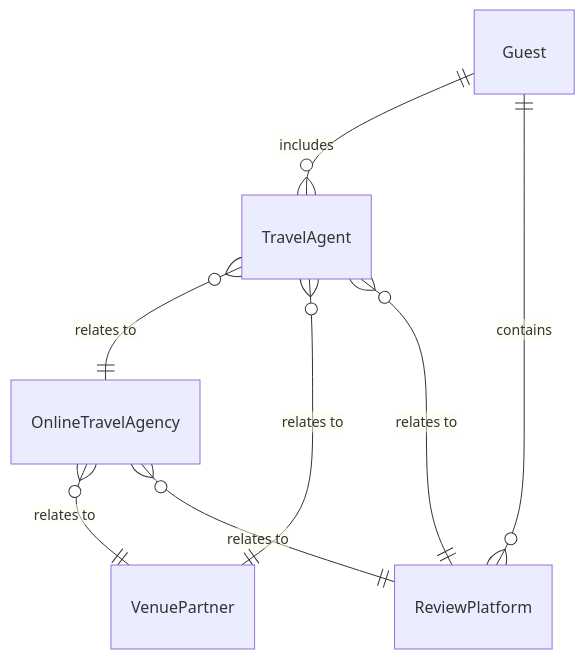
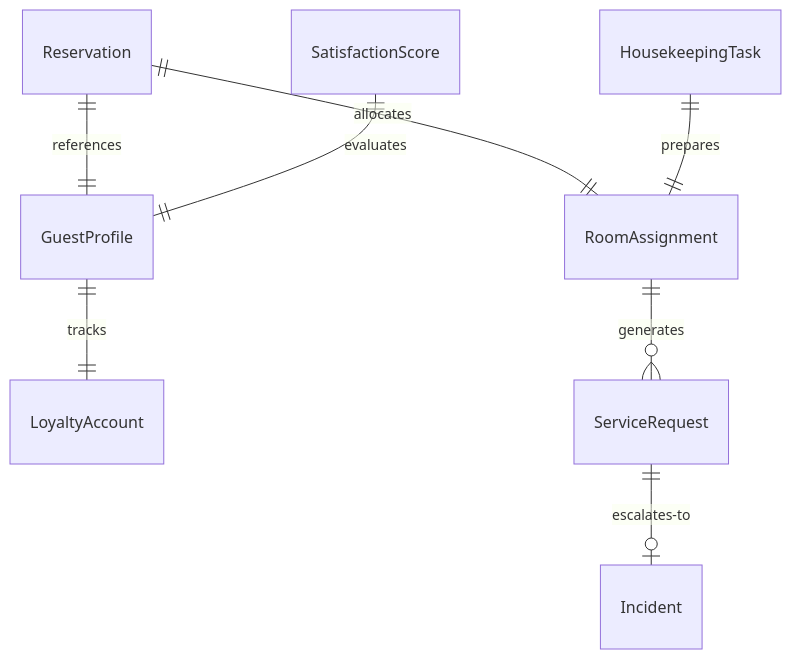
One commit to dot-org-ai/tasks.org.ai changed the first of 4 diagrams in GuidingDirectingAndMotivatingSubordinates/DirectOrganizationalOperationsActivitiesOrProcedures/ManageGuestServices.mdx. Above: the diagram before and after it, drawn with Mermaid. The commit also changed other lines of this file and 515 other files, not shown here.

````diff
--- a/GuidingDirectingAndMotivatingSubordinates/DirectOrganizationalOperationsActivitiesOrProcedures/ManageGuestServices.mdx
+++ b/GuidingDirectingAndMotivatingSubordinates/DirectOrganizationalOperationsActivitiesOrProcedures/ManageGuestServices.mdx
@@ -93,10 +93,10 @@
 ```mermaid
 erDiagram
-    Guest ||--o{ TravelAgent : includes
-    Guest ||--o{ ReviewPlatform : contains
-    TravelAgent }o--|| OnlineTravelAgency : "relates to"
-    TravelAgent }o--|| VenuePartner : "relates to"
-    TravelAgent }o--|| ReviewPlatform : "relates to"
-    OnlineTravelAgency }o--|| VenuePartner : "relates to"
-    OnlineTravelAgency }o--|| ReviewPlatform : "relates to"
+    Reservation ||--|| RoomAssignment : "allocates"
+    Reservation ||--|| GuestProfile : "references"
+    GuestProfile ||--|| LoyaltyAccount : "tracks"
+    RoomAssignment ||--o{ ServiceRequest : "generates"
+    ServiceRequest ||--o| Incident : "escalates-to"
+    HousekeepingTask ||--|| RoomAssignment : "prepares"
+    SatisfactionScore ||--|| GuestProfile : "evaluates"
 ```
````
